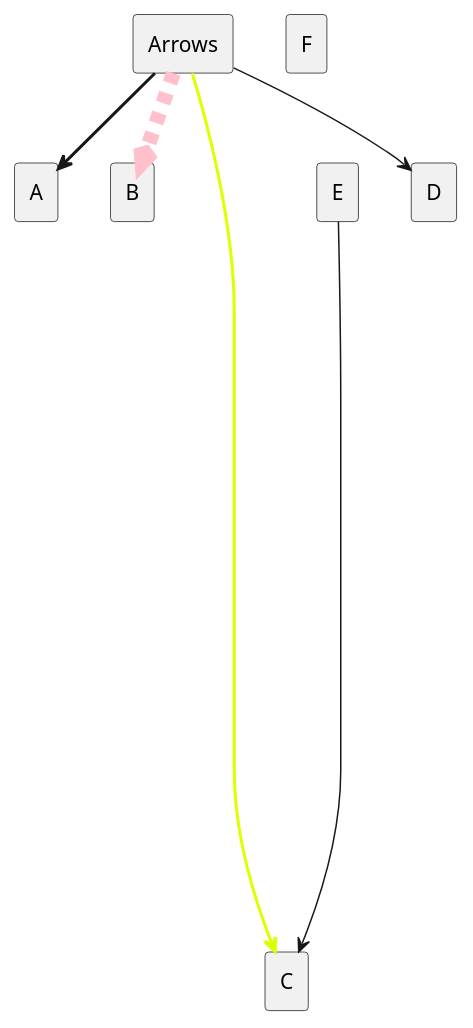
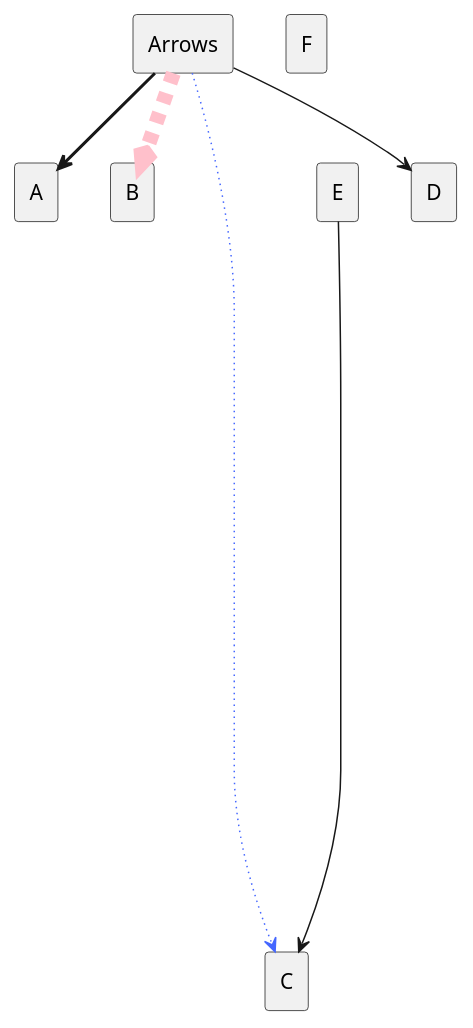
Before and after one commit to Crashedmind/PlayingWithPlantUMLSource: the diagram in docs/layout/together.puml, drawn with PlantUML. The commit also changed 8 other files, not shown here.

Commit message:
future mindmap, typos

```diff
--- a/docs/layout/together.puml
+++ b/docs/layout/together.puml
@@ -1,20 +1,20 @@
 @startuml
 
 rectangle Arrows
 rectangle A
 rectangle B
 rectangle C
 together {
 rectangle D
 rectangle E
 }
 rectangle F
 
 
 Arrows -[bold]-> A 
-Arrows -[#DDFF00,dotted,bold]-> C
+Arrows -[#4567ff,dotted]-> C
 Arrows -[#pink,dashed,thickness=10]-> B
 Arrows --> D
 E ---------> C
 
 @enduml
```
